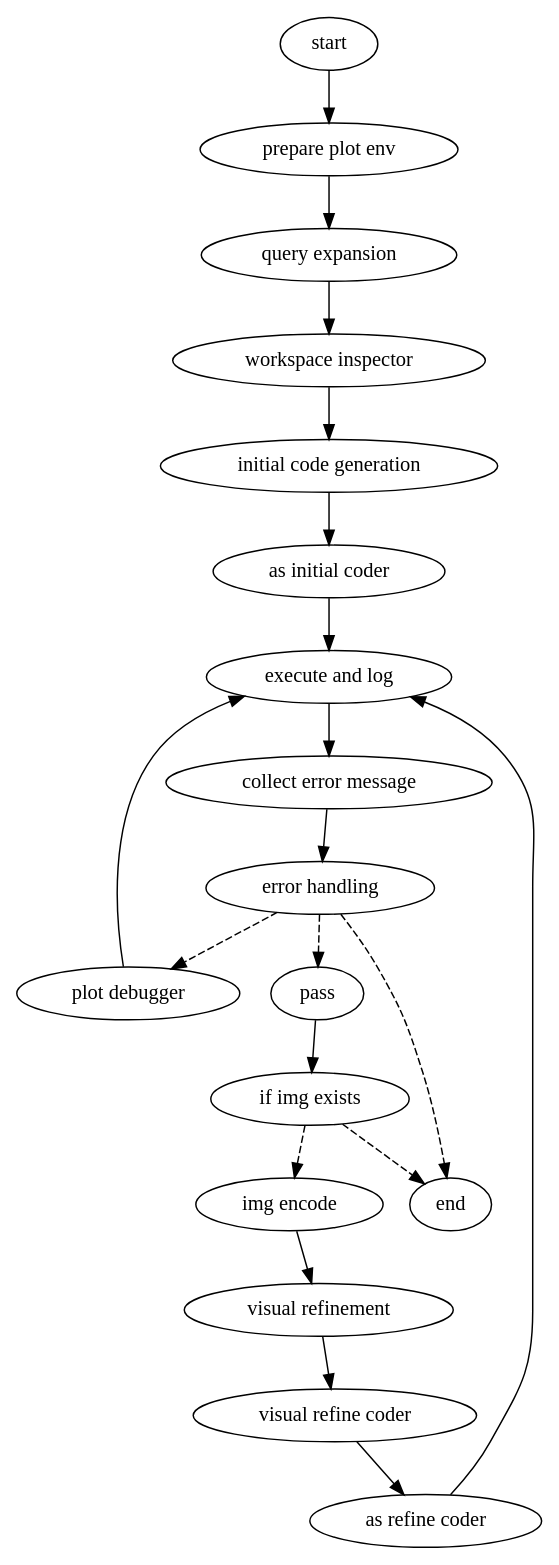
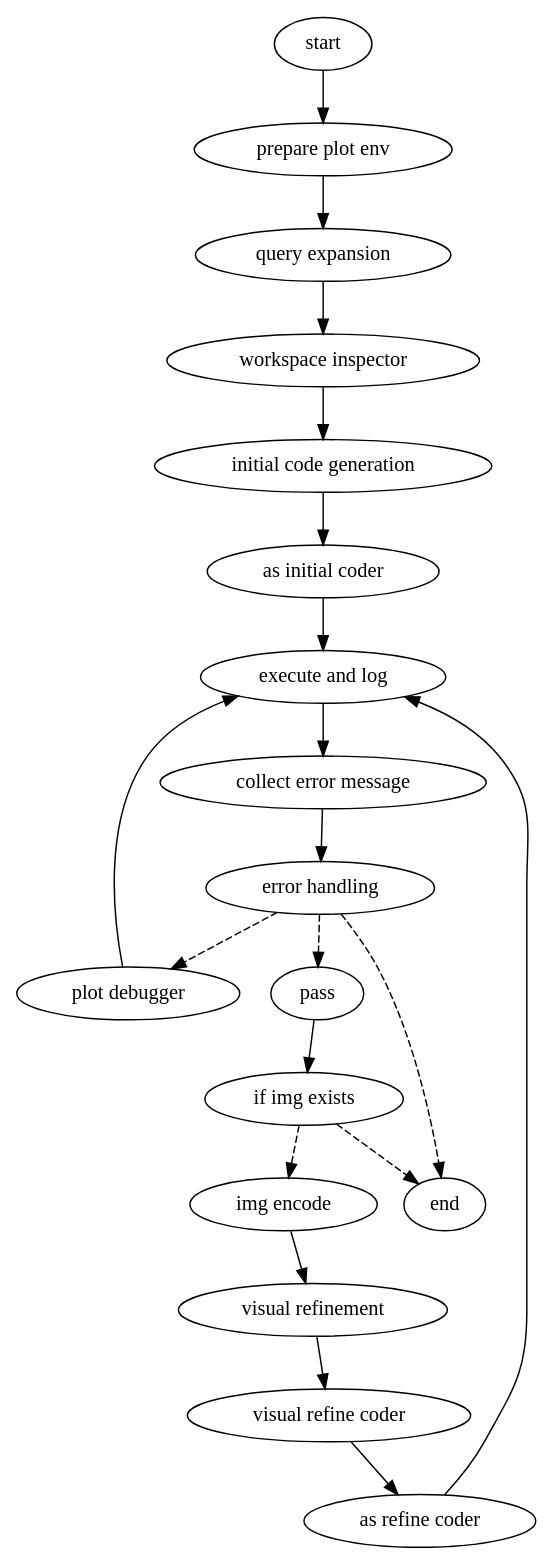
The diagram in examples/matplot_agent/matplot_flow_viz/Digraph.gv (jiange91/lm_compiler), drawn with Graphviz before and after one commit. The commit also changed other lines of this file and 82 other files, not shown here.

```diff
--- a/examples/matplot_agent/matplot_flow_viz/Digraph.gv
+++ b/examples/matplot_agent/matplot_flow_viz/Digraph.gv
@@ -1,23 +1,23 @@
 digraph {
 	compound=true
 	_matplot_cluster_ancor [fixedsize=true height=0 style=invis width=0]
 	start -> "prepare plot env"
 	"prepare plot env" -> "query expansion"
 	"query expansion" -> "workspace inspector"
 	"workspace inspector" -> "initial code generation"
 	"initial code generation" -> "as initial coder"
 	"as initial coder" -> "execute and log"
+	"plot debugger" -> "execute and log"
+	"as refine coder" -> "execute and log"
 	"execute and log" -> "collect error message"
 	"collect error message" -> "error handling"
-	"plot debugger" -> "execute and log"
+	"error handling" -> pass [style=dashed]
+	"error handling" -> "plot debugger" [style=dashed]
+	"error handling" -> end [style=dashed]
+	"if img exists" -> end [style=dashed]
+	"if img exists" -> "img encode" [style=dashed]
 	pass -> "if img exists"
 	"img encode" -> "visual refinement"
 	"visual refinement" -> "visual refine coder"
 	"visual refine coder" -> "as refine coder"
-	"as refine coder" -> "execute and log"
-	"error handling" -> pass [style=dashed]
-	"error handling" -> "plot debugger" [style=dashed]
-	"error handling" -> end [style=dashed]
-	"if img exists" -> "img encode" [style=dashed]
-	"if img exists" -> end [style=dashed]
 }
```
